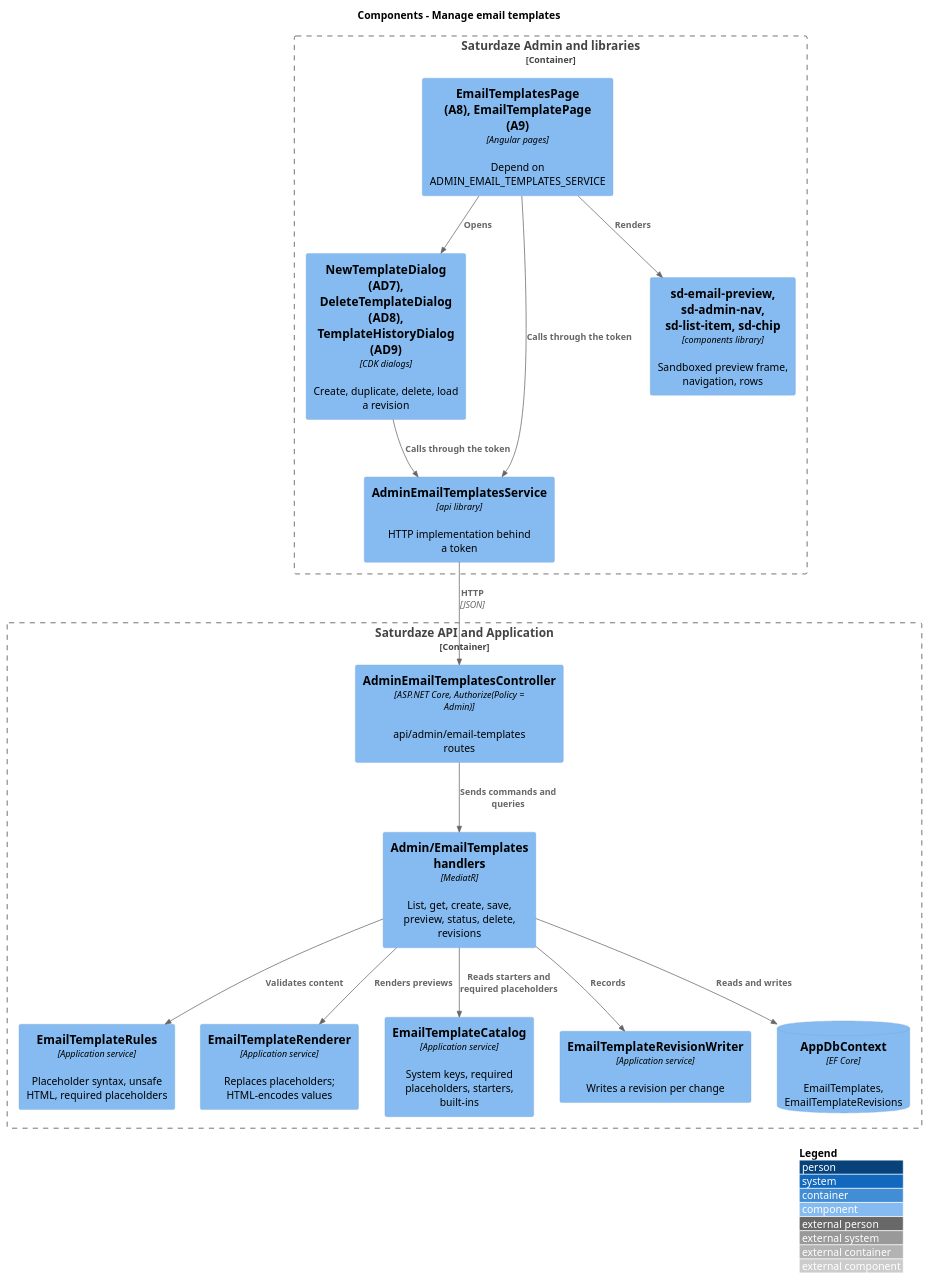
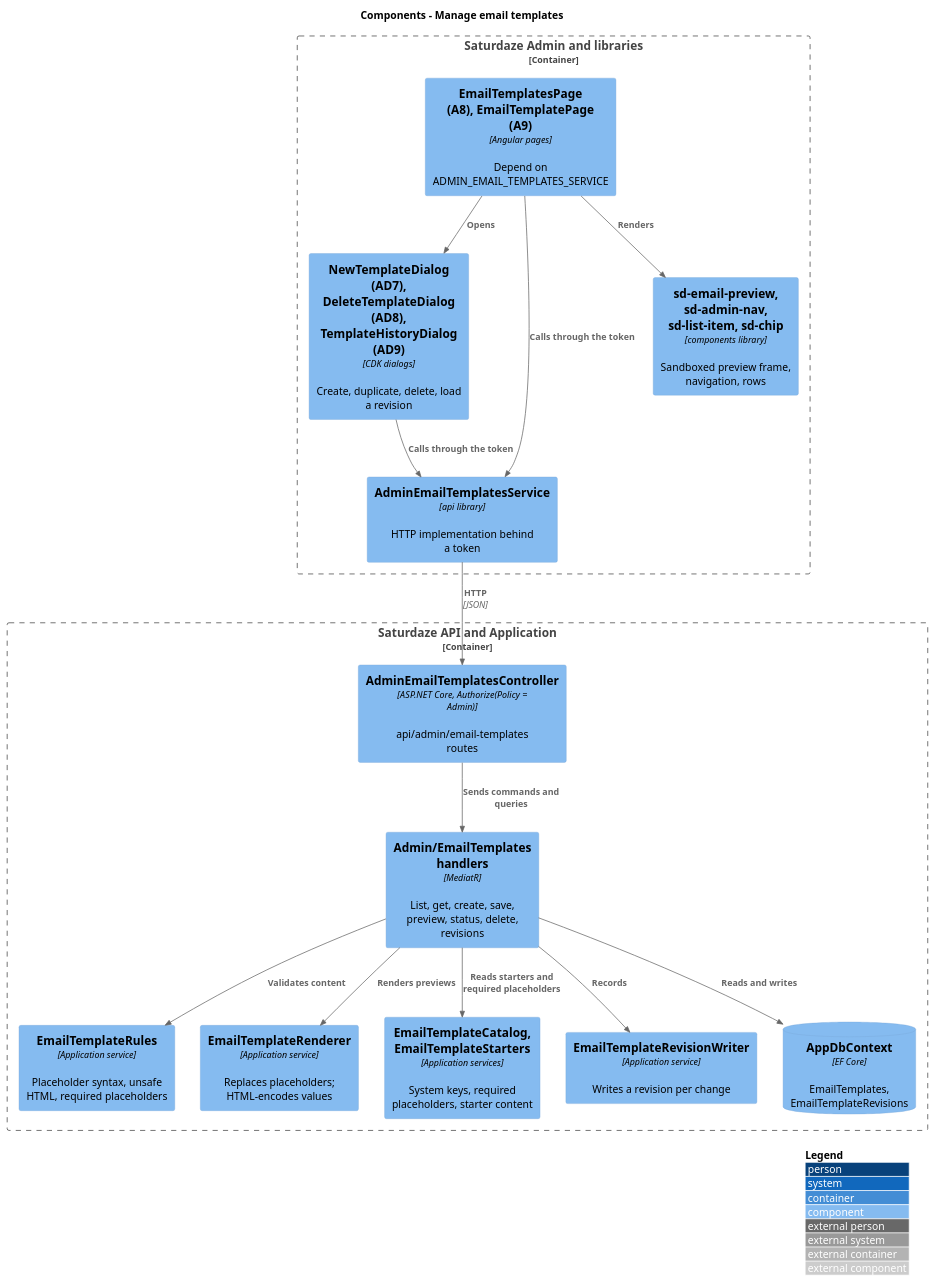
The diagram in docs/detailed-designs/administration/manage-email-templates/diagrams/c4-component.puml (QuinntyneBrown/saturdaze), drawn with PlantUML before and after one commit. The commit also changed 6 other files, not shown here.

First line of the commit message:
Align the email template design with what was built

```diff
--- a/docs/detailed-designs/administration/manage-email-templates/diagrams/c4-component.puml
+++ b/docs/detailed-designs/administration/manage-email-templates/diagrams/c4-component.puml
@@ -1,32 +1,32 @@
 @startuml
 !include <C4/C4_Component>
 LAYOUT_WITH_LEGEND()
 title Components - Manage email templates
 
 Container_Boundary(adminweb, "Saturdaze Admin and libraries") {
   Component(pages, "EmailTemplatesPage (A8), EmailTemplatePage (A9)", "Angular pages", "Depend on ADMIN_EMAIL_TEMPLATES_SERVICE")
   Component(dialogs, "NewTemplateDialog (AD7), DeleteTemplateDialog (AD8), TemplateHistoryDialog (AD9)", "CDK dialogs", "Create, duplicate, delete, load a revision")
   Component(svc, "AdminEmailTemplatesService", "api library", "HTTP implementation behind a token")
   Component(ui, "sd-email-preview, sd-admin-nav, sd-list-item, sd-chip", "components library", "Sandboxed preview frame, navigation, rows")
 }
 Container_Boundary(api, "Saturdaze API and Application") {
   Component(ctrl, "AdminEmailTemplatesController", "ASP.NET Core, Authorize(Policy = Admin)", "api/admin/email-templates routes")
   Component(handlers, "Admin/EmailTemplates handlers", "MediatR", "List, get, create, save, preview, status, delete, revisions")
   Component(rules, "EmailTemplateRules", "Application service", "Placeholder syntax, unsafe HTML, required placeholders")
   Component(renderer, "EmailTemplateRenderer", "Application service", "Replaces placeholders; HTML-encodes values")
-  Component(catalog, "EmailTemplateCatalog", "Application service", "System keys, required placeholders, starters, built-ins")
+  Component(catalog, "EmailTemplateCatalog, EmailTemplateStarters", "Application services", "System keys, required placeholders, starter content")
   Component(revisions, "EmailTemplateRevisionWriter", "Application service", "Writes a revision per change")
   ComponentDb(db, "AppDbContext", "EF Core", "EmailTemplates, EmailTemplateRevisions")
 }
 Rel(pages, dialogs, "Opens")
 Rel(pages, ui, "Renders")
 Rel(pages, svc, "Calls through the token")
 Rel(dialogs, svc, "Calls through the token")
 Rel(svc, ctrl, "HTTP", "JSON")
 Rel(ctrl, handlers, "Sends commands and queries")
 Rel(handlers, rules, "Validates content")
 Rel(handlers, renderer, "Renders previews")
 Rel(handlers, catalog, "Reads starters and required placeholders")
 Rel(handlers, revisions, "Records")
 Rel(handlers, db, "Reads and writes")
 @enduml
```
